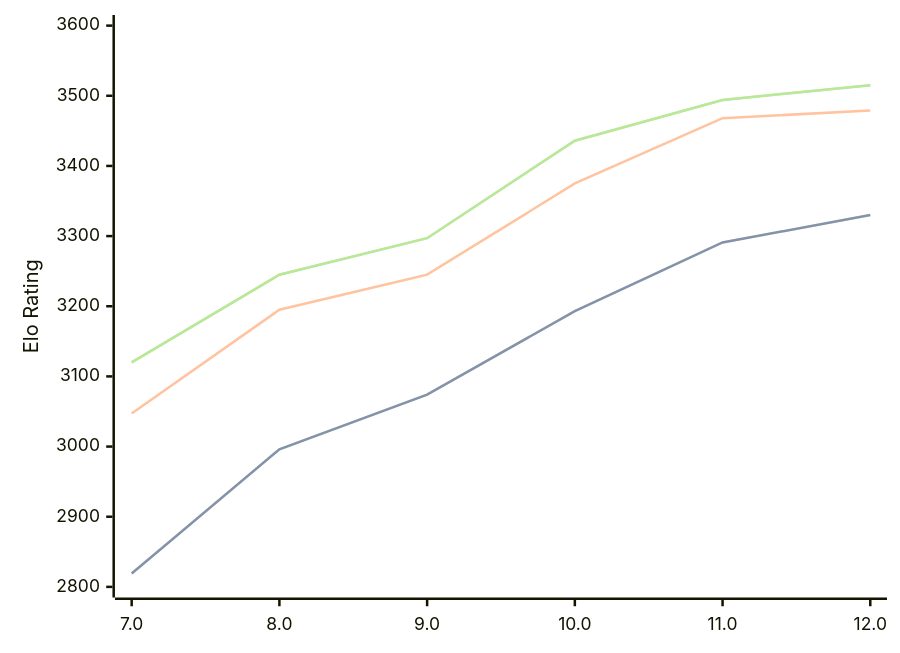
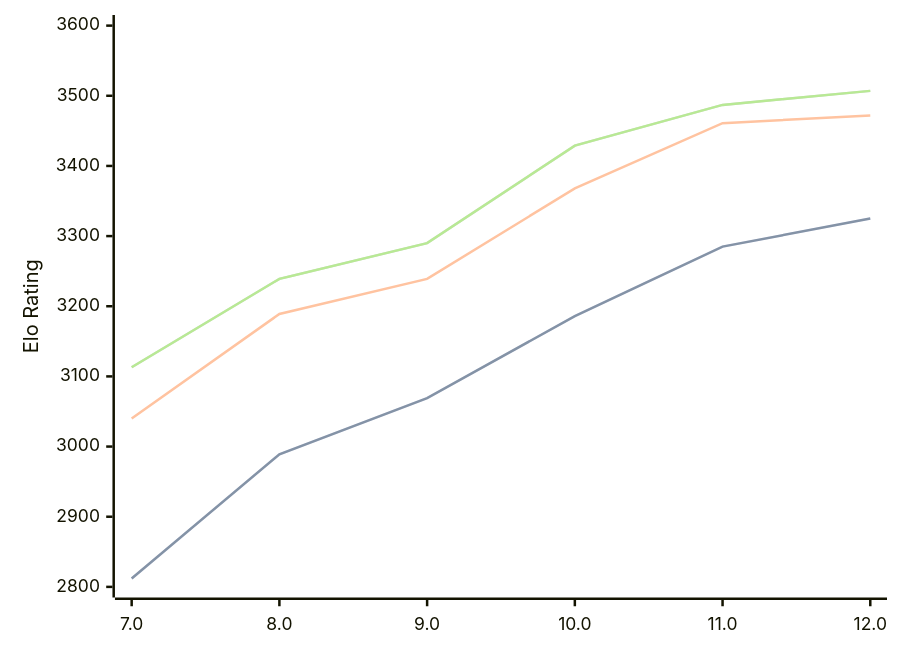
Before and after one commit to computer-chess-index/cci: the diagram in engines/Tcheran.md, drawn with Mermaid. The commit also changed other lines of this file, not shown here.

Commit message:
Update CCI Ratings (ELO VLTC) - 2026-05-18

````diff
--- a/engines/Tcheran.md
+++ b/engines/Tcheran.md
@@ -50,11 +50,11 @@
 ```mermaid
 %%{init: {"theme":"base","themeVariables":{"seriesColors:['#a3a3a3','#222221','#faa371']}}}%%
 xychart-beta
   x-axis ["7.0", "8.0", "9.0", "10.0", "11.0", "12.0"]
   y-axis "Elo Rating" 2800 --> 3600
-  line "STC (8.0+0.08s)" [2819, 2996, 3074, 3193, 3291, 3330]
-  line "STC (8.0+0.08s)" [2819, 2996, 3074, 3193, 3291, 3330]
-  line "LTC (60.0+0.60s)" [3047, 3195, 3245, 3375, 3468, 3479]
-  line "VLTC (2m24s+1.12s)" [3120, 3245, 3297, 3436, 3494, 3515]
-  line "VLTC (2m24s+1.12s)" [3120, 3245, 3297, 3436, 3494, 3515]
+  line "STC (8.0+0.08s)" [2812, 2989, 3069, 3186, 3285, 3325]
+  line "STC (8.0+0.08s)" [2812, 2989, 3069, 3186, 3285, 3325]
+  line "LTC (60.0+0.60s)" [3040, 3189, 3239, 3368, 3461, 3472]
+  line "VLTC (2m24s+1.12s)" [3113, 3239, 3290, 3429, 3487, 3507]
+  line "VLTC (2m24s+1.12s)" [3113, 3239, 3290, 3429, 3487, 3507]
 ```
````
